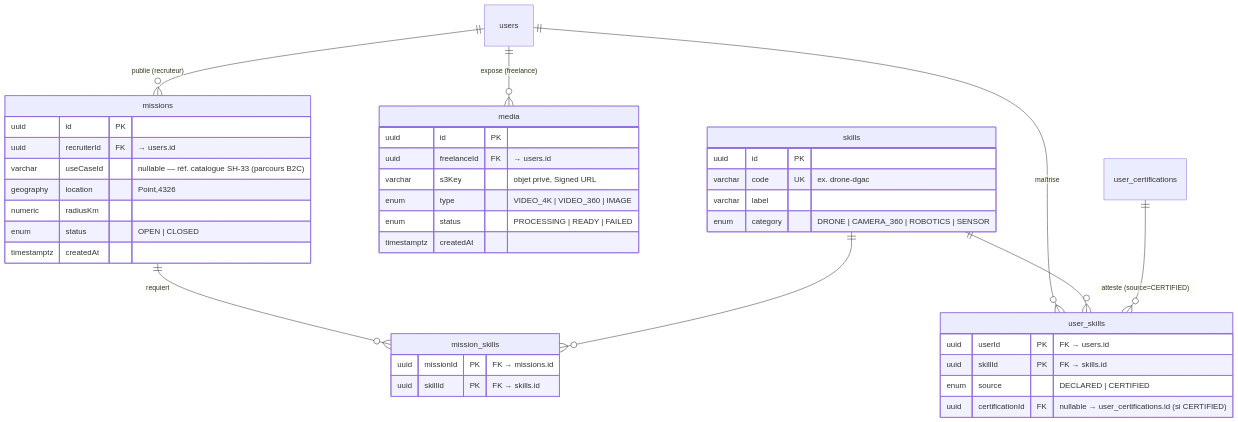
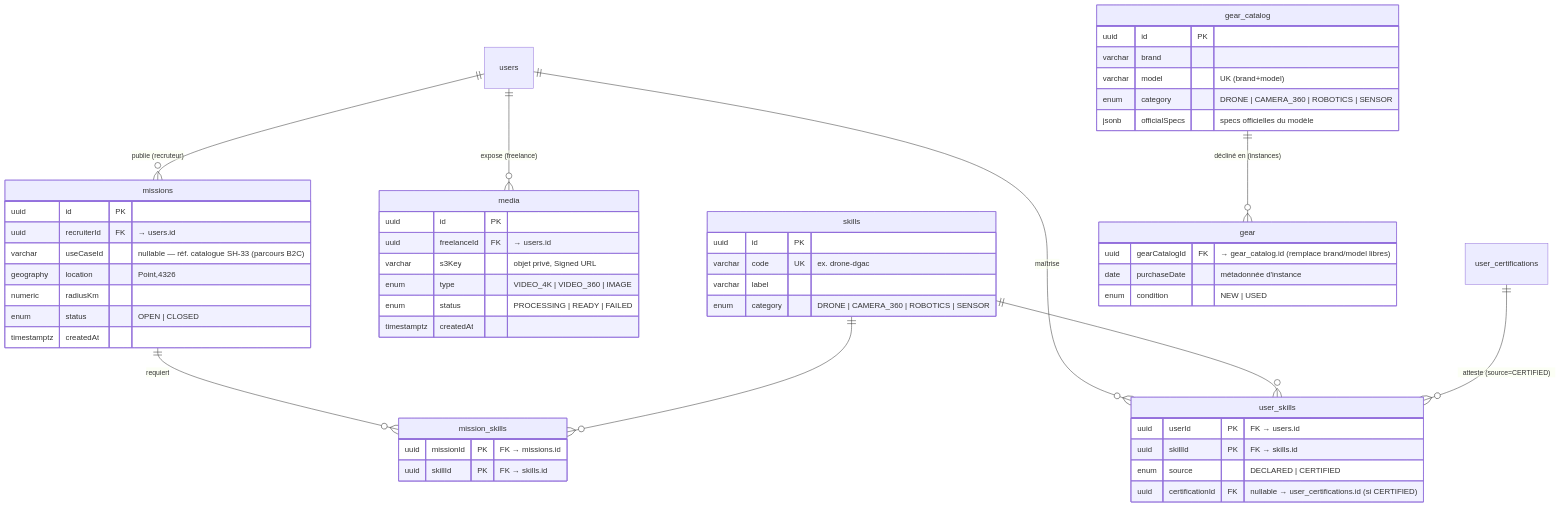
One commit to alixsanta/skillhunt changed the second of 2 diagrams in docs/conception/2026-06-28-MCD-MLD-SkillHunt.md. Above: the diagram before and after it, drawn with Mermaid. The commit also changed other lines of this file and 1 other file, not shown here.

First line of the commit message:
docs(conception): normalisation gear_catalog en cible + 3e écart conception↔code

````diff
--- a/docs/conception/2026-06-28-MCD-MLD-SkillHunt.md
+++ b/docs/conception/2026-06-28-MCD-MLD-SkillHunt.md
@@ -106,48 +112,63 @@
 ```mermaid
 erDiagram
     users ||--o{ missions : "publie (recruteur)"
     users ||--o{ media : "expose (freelance)"
     users ||--o{ user_skills : "maîtrise"
     skills ||--o{ user_skills : ""
     user_certifications ||--o{ user_skills : "atteste (source=CERTIFIED)"
     missions ||--o{ mission_skills : "requiert"
     skills ||--o{ mission_skills : ""
+    gear_catalog ||--o{ gear : "décliné en (instances)"
+
+    gear_catalog {
+        uuid id PK
+        varchar brand
+        varchar model "UK (brand+model)"
+        enum category "DRONE | CAMERA_360 | ROBOTICS | SENSOR"
+        jsonb officialSpecs "specs officielles du modèle"
+    }
+
+    gear {
+        uuid gearCatalogId FK "→ gear_catalog.id (remplace brand/model libres)"
+        date purchaseDate "métadonnée d'instance"
+        enum condition "NEW | USED"
+    }
 
     skills {
         uuid id PK
         varchar code UK "ex. drone-dgac"
         varchar label
         enum category "DRONE | CAMERA_360 | ROBOTICS | SENSOR"
     }
 
     user_skills {
         uuid userId PK "FK → users.id"
         uuid skillId PK "FK → skills.id"
         enum source "DECLARED | CERTIFIED"
         uuid certificationId FK "nullable → user_certifications.id (si CERTIFIED)"
     }
 
     missions {
         uuid id PK
         uuid recruiterId FK "→ users.id"
         varchar useCaseId "nullable — réf. catalogue SH-33 (parcours B2C)"
         geography location "Point,4326"
         numeric radiusKm
         enum status "OPEN | CLOSED"
         timestamptz createdAt
     }
 
     mission_skills {
         uuid missionId PK "FK → missions.id"
         uuid skillId PK "FK → skills.id"
     }
 
     media {
         uuid id PK
         uuid freelanceId FK "→ users.id"
         varchar s3Key "objet privé, Signed URL"
         enum type "VIDEO_4K | VIDEO_360 | IMAGE"
         enum status "PROCESSING | READY | FAILED"
         timestamptz createdAt
     }
 ```
````
